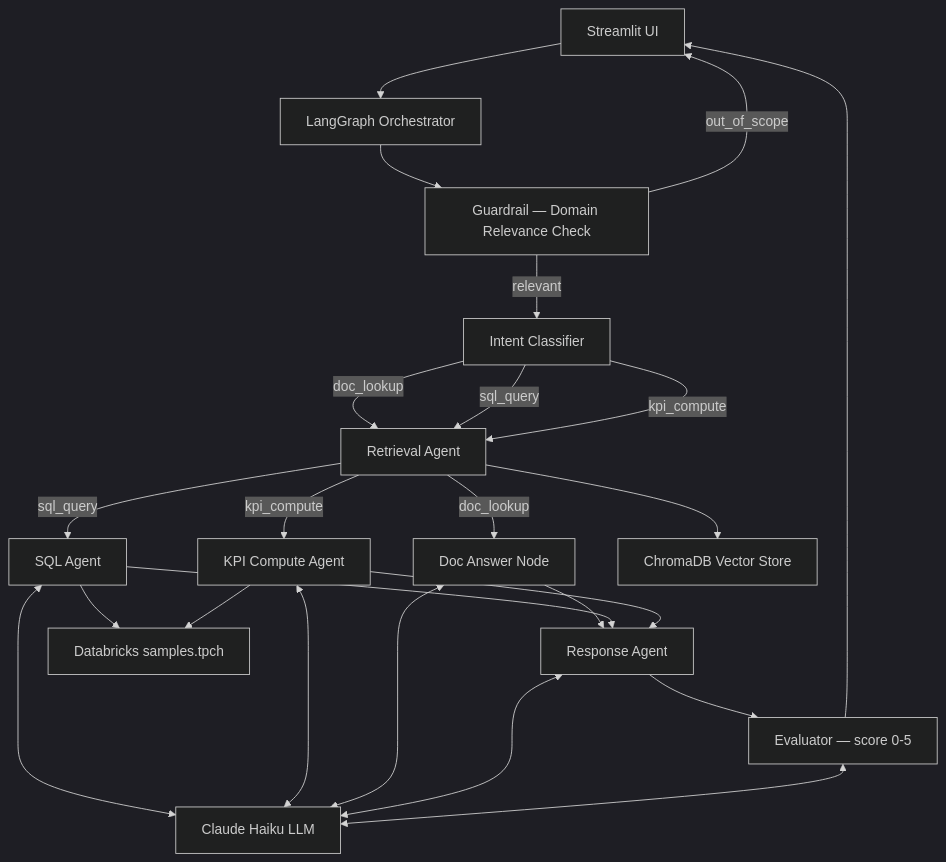
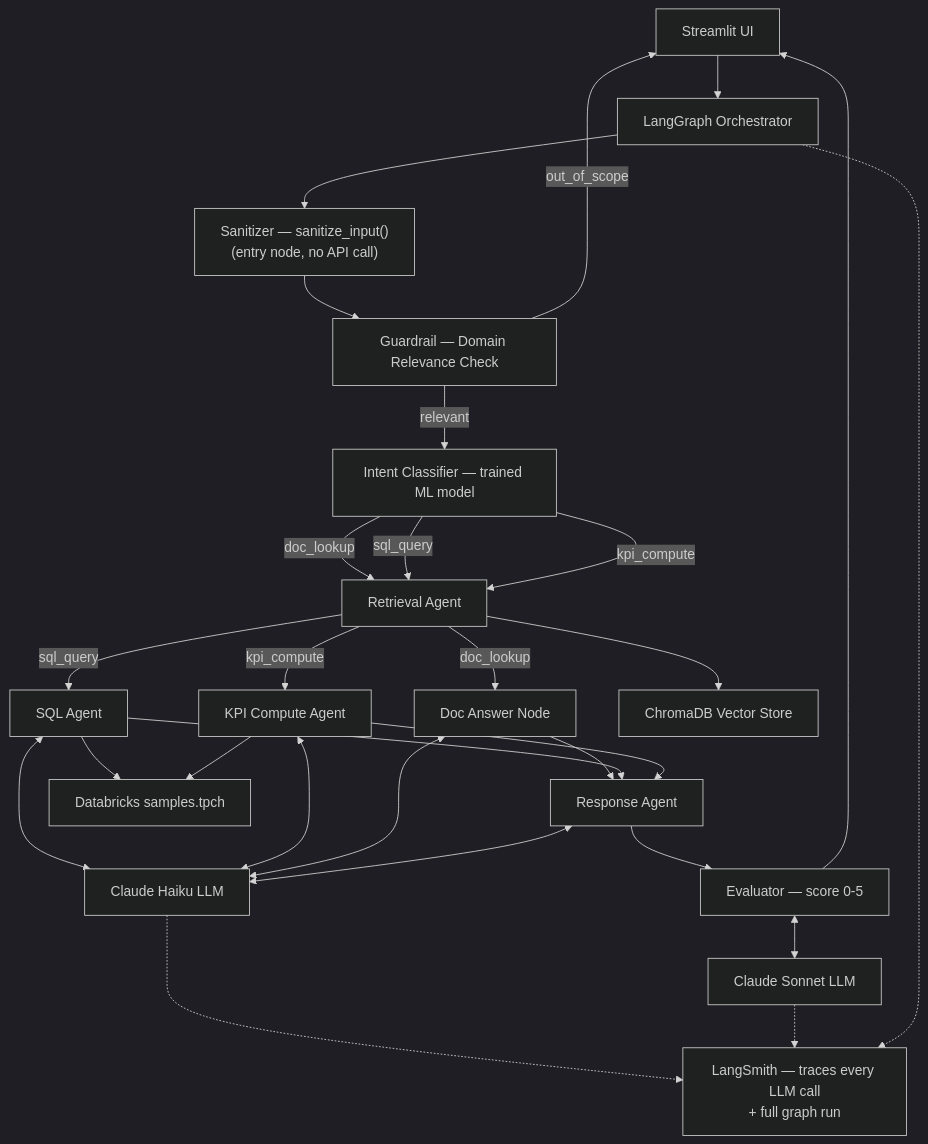
Before and after one commit to piyushraj6789/multi-agent-data-assistant-v2: the first of 13 diagrams in documentation/architecture.md, drawn with Mermaid (dark theme). The commit also changed other lines of this file and 8 other files, not shown here.

````diff
--- a/documentation/architecture.md
+++ b/documentation/architecture.md
@@ -235,40 +292,47 @@
 ```mermaid
 flowchart TD
     UI["Streamlit UI"]
     Orch["LangGraph Orchestrator"]
-    IC["Intent Classifier"]
+    San["Sanitizer — sanitize_input()<br/>(entry node, no API call)"]
+    IC["Intent Classifier — trained ML model"]
     RA["Retrieval Agent"]
     SA["SQL Agent"]
     DocA["Doc Answer Node"]
     KpiA["KPI Compute Agent"]
     ResA["Response Agent"]
     Eval["Evaluator — score 0-5"]
     GR["Guardrail — Domain Relevance Check"]
     ChromaDB["ChromaDB Vector Store"]
     Haiku["Claude Haiku LLM"]
+    Sonnet["Claude Sonnet LLM"]
     DB["Databricks samples.tpch"]
+    LS["LangSmith — traces every LLM call<br/>+ full graph run"]
 
     UI --> Orch
-    Orch --> GR
+    Orch --> San
+    San --> GR
     GR -->|out_of_scope| UI
     GR -->|relevant| IC
     IC -->|doc_lookup| RA
     IC -->|sql_query| RA
     IC -->|kpi_compute| RA
     RA -->|doc_lookup| DocA
     RA -->|sql_query| SA
     RA -->|kpi_compute| KpiA
     DocA --> ResA
     SA --> ResA
     KpiA --> ResA
     ResA --> Eval
     Eval --> UI
     RA --> ChromaDB
     SA <--> Haiku
     SA --> DB
     KpiA <--> Haiku
     KpiA --> DB
     DocA <--> Haiku
     ResA <--> Haiku
-    Eval <--> Haiku
+    Eval <--> Sonnet
+    Haiku -.-> LS
+    Sonnet -.-> LS
+    Orch -.-> LS
 ```
````
